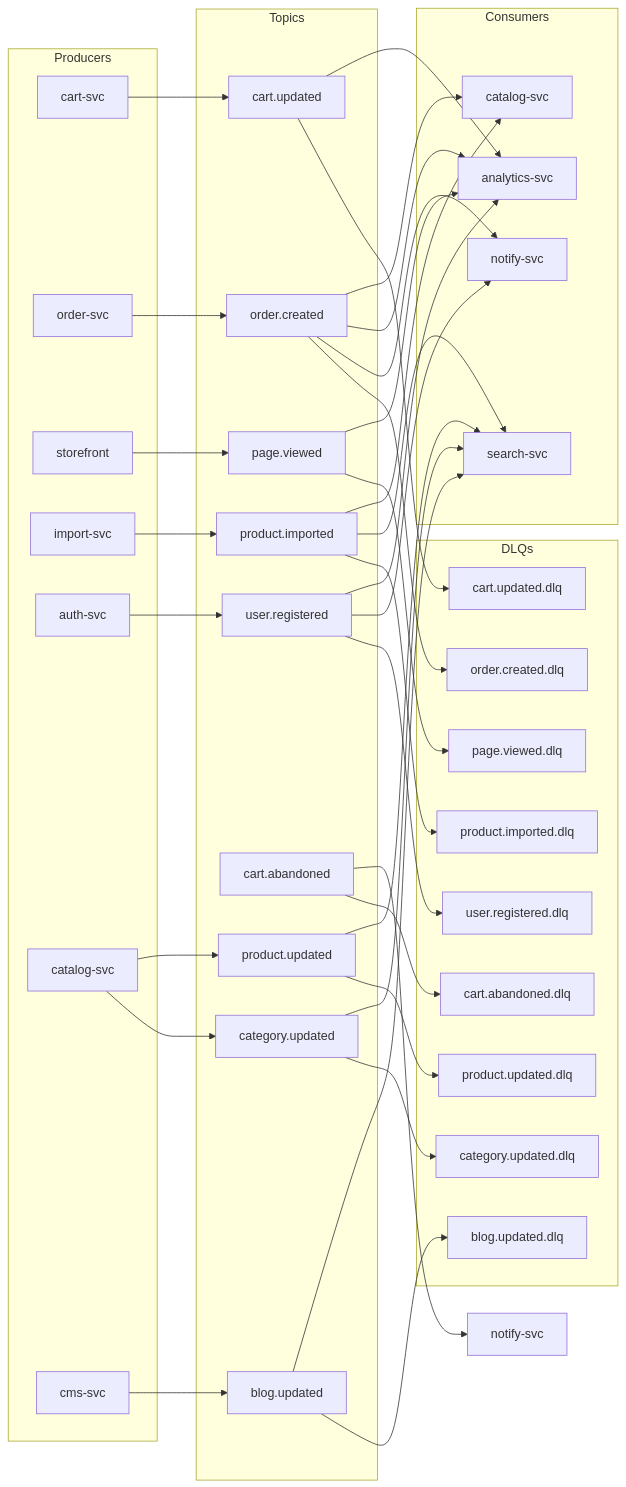
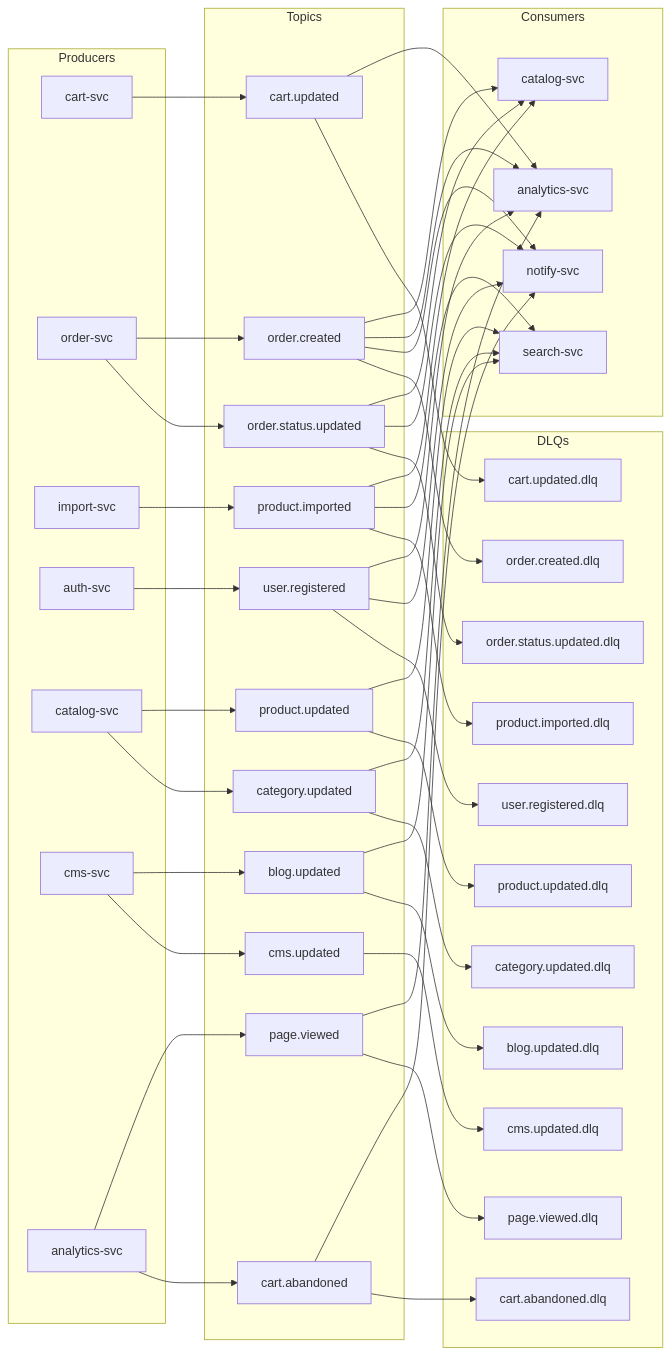
One commit to E-Commerce-BDA/Documentation changed the second of 9 diagrams in 1.Architecture.md. Above: the diagram before and after it, drawn with Mermaid. The commit also changed other lines of this file, not shown here.

First line of the commit message:
docs(architecture): correct the event transport claims

````diff
--- a/1.Architecture.md
+++ b/1.Architecture.md
@@ -196,66 +204,75 @@
 ```mermaid
 flowchart LR
     subgraph Producers
         P1[cart-svc]
         P2[order-svc]
-        P3[storefront]
         P4[import-svc]
         P5[auth-svc]
         P6[catalog-svc]
         P7[cms-svc]
+        P8[analytics-svc]
     end
 
     subgraph Topics
         T1[cart.updated]
         T2[order.created]
         T3[page.viewed]
         T4[product.imported]
         T5[user.registered]
         T6[cart.abandoned]
         T7[product.updated]
         T8[category.updated]
         T9[blog.updated]
+        T10[cms.updated]
+        T11[order.status.updated]
     end
 
     P1 --> T1
     P2 --> T2
-    P3 --> T3
+    P2 --> T11
     P4 --> T4
     P5 --> T5
     P6 --> T7
     P6 --> T8
     P7 --> T9
-    T6 --> NOT[notify-svc]
+    P7 --> T10
+    P8 --> T3
+    P8 --> T6
 
     subgraph Consumers
         ANL[analytics-svc]
         CAT[catalog-svc]
-        NOT2[notify-svc]
+        NOT[notify-svc]
         SRCH[search-svc]
     end
 
     T1 --> ANL
     T2 --> CAT
     T2 --> ANL
-    T2 --> NOT2
+    T2 --> NOT
     T3 --> ANL
     T4 --> CAT
     T4 --> SRCH
     T5 --> ANL
-    T5 --> NOT2
+    T5 --> NOT
+    T6 --> NOT
     T7 --> SRCH
     T8 --> SRCH
     T9 --> SRCH
+    T11 --> CAT
+    T11 --> NOT
 
     subgraph DLQs
         T1 --> T1DLQ[cart.updated.dlq]
         T2 --> T2DLQ[order.created.dlq]
         T3 --> T3DLQ[page.viewed.dlq]
         T4 --> T4DLQ[product.imported.dlq]
         T5 --> T5DLQ[user.registered.dlq]
         T6 --> T6DLQ[cart.abandoned.dlq]
         T7 --> T7DLQ[product.updated.dlq]
         T8 --> T8DLQ[category.updated.dlq]
         T9 --> T9DLQ[blog.updated.dlq]
+        T10 --> T10DLQ[cms.updated.dlq]
+        T11 --> T11DLQ[order.status.updated.dlq]
     end
 ```
````
